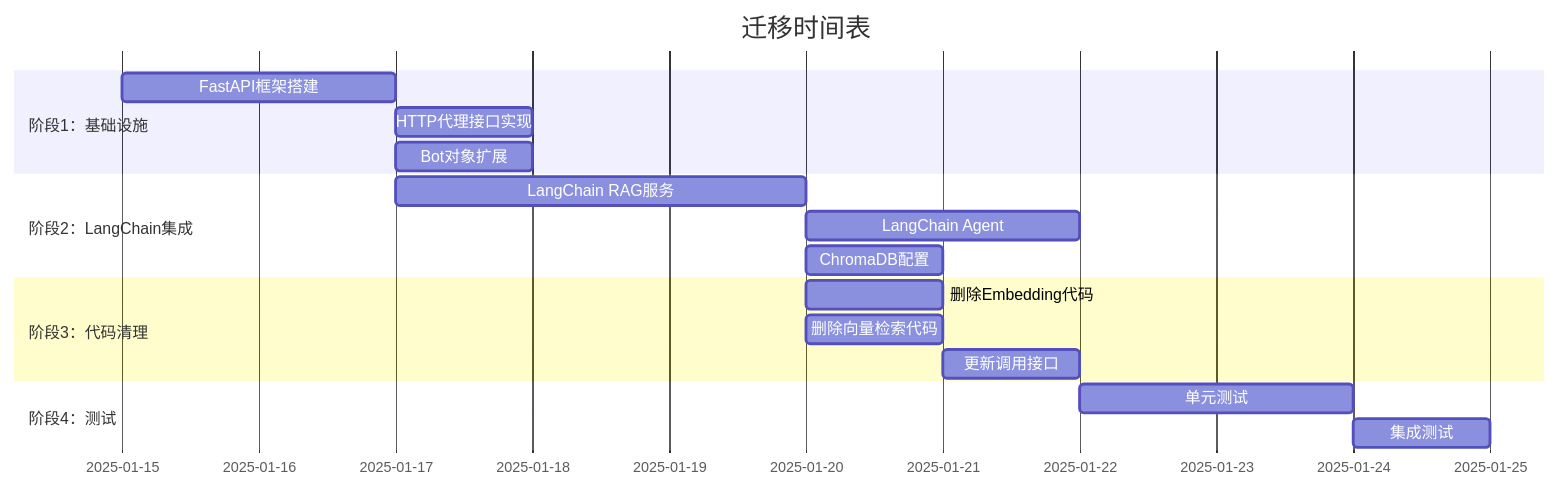
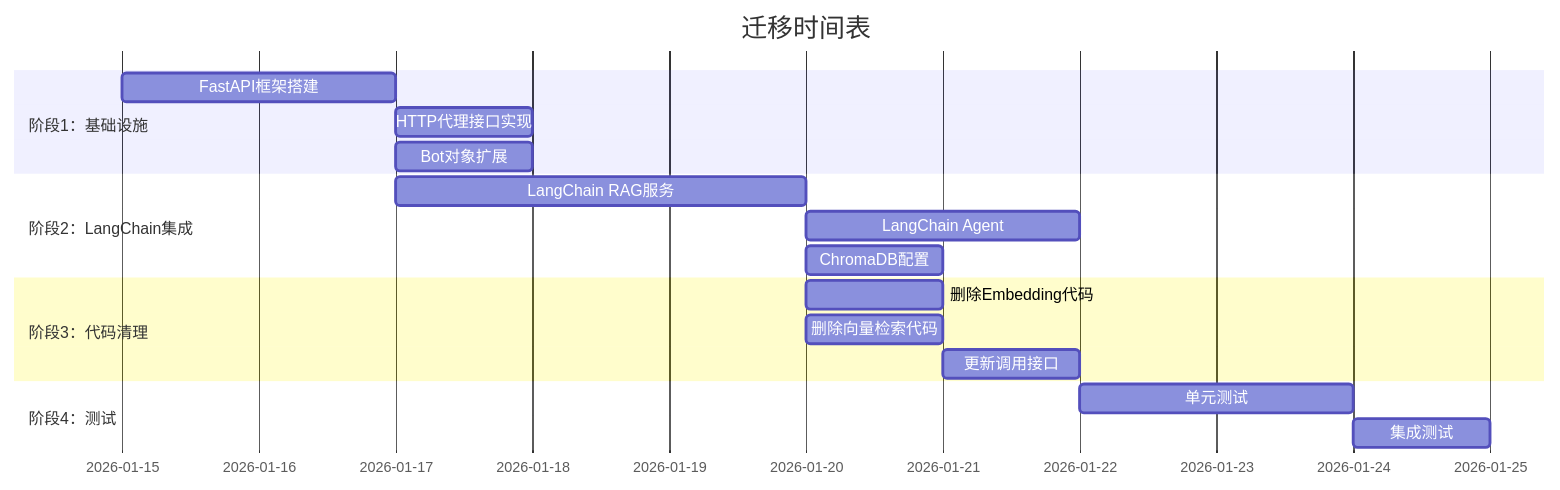
One commit to sunflowermm/XRK-AGT changed the eighth of 8 diagrams in docs/future-architecture-2025.md. Above: the diagram before and after it, drawn with Mermaid. The commit also changed other lines of this file, not shown here.

````diff
--- a/docs/future-architecture-2025.md
+++ b/docs/future-architecture-2025.md
@@ -1480,20 +1480,20 @@
 ```mermaid
 gantt
     title 迁移时间表
     dateFormat  YYYY-MM-DD
     section 阶段1：基础设施
-    FastAPI框架搭建        :a1, 2025-01-15, 2d
+    FastAPI框架搭建        :a1, 2026-01-15, 2d
     HTTP代理接口实现       :a2, after a1, 1d
     Bot对象扩展           :a3, after a1, 1d
     section 阶段2：LangChain集成
     LangChain RAG服务     :b1, after a1, 3d
     LangChain Agent       :b2, after b1, 2d
     ChromaDB配置          :b3, after b1, 1d
     section 阶段3：代码清理
     删除Embedding代码     :c1, after b1, 1d
     删除向量检索代码      :c2, after b1, 1d
     更新调用接口          :c3, after c1, 1d
     section 阶段4：测试
     单元测试              :d1, after c3, 2d
     集成测试              :d2, after d1, 1d
 ```
````
